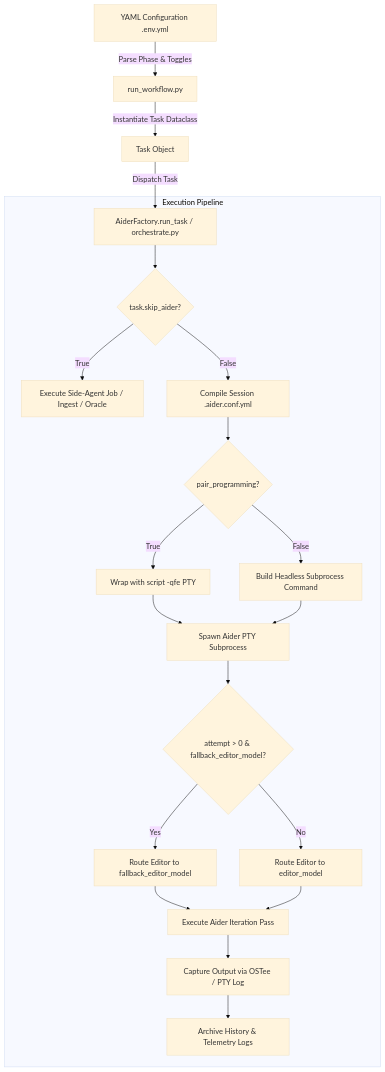
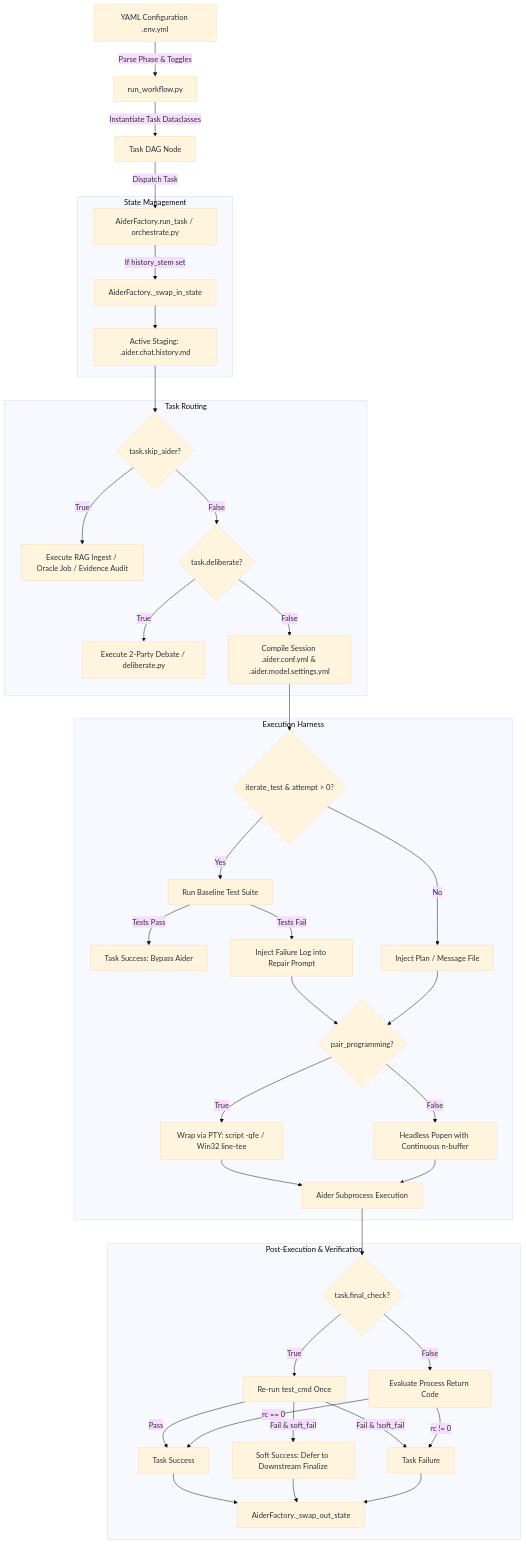
The diagram in src/aider_factory/markdown/docs/aider_orchestration_and_toggles.md (bryan506/aider-factory), drawn with Mermaid (base theme) before and after one commit. The commit also changed other lines of this file and 55 other files, not shown here.

````diff
--- a/src/aider_factory/markdown/docs/aider_orchestration_and_toggles.md
+++ b/src/aider_factory/markdown/docs/aider_orchestration_and_toggles.md
@@ -22,29 +27,49 @@
 ```mermaid
 graph TD
     A[YAML Configuration .env.yml] -->|Parse Phase & Toggles| B[run_workflow.py]
-    B -->|Instantiate Task Dataclass| C[Task Object]
+    B -->|Instantiate Task Dataclasses| C[Task DAG Node]
     C -->|Dispatch Task| D[AiderFactory.run_task / orchestrate.py]
-    
-    subgraph Execution Pipeline
-        D --> E{task.skip_aider?}
-        E -->|True| F[Execute Side-Agent Job / Ingest / Oracle]
-        E -->|False| G[Compile Session .aider.conf.yml]
-        
-        G --> H{pair_programming?}
-        H -->|True| I[Wrap with script -qfe PTY]
-        H -->|False| J[Build Headless Subprocess Command]
-        
-        I --> K[Spawn Aider PTY Subprocess]
-        J --> K
-        
-        K --> L{attempt > 0 & fallback_editor_model?}
-        L -->|Yes| M[Route Editor to fallback_editor_model]
-        L -->|No| N[Route Editor to editor_model]
-        
-        M --> O[Execute Aider Iteration Pass]
-        N --> O
-        
-        O --> P[Capture Output via OSTee / PTY Log]
-        P --> Q[Archive History & Telemetry Logs]
+
+    subgraph State Management
+        D -->|If history_stem set| E[AiderFactory._swap_in_state]
+        E --> F[Active Staging: .aider.chat.history.md]
+    end
+
+    subgraph Task Routing
+        F --> G{task.skip_aider?}
+        G -->|True| H[Execute RAG Ingest / Oracle Job / Evidence Audit]
+        G -->|False| I{task.deliberate?}
+        I -->|True| J[Execute 2-Party Debate / deliberate.py]
+        I -->|False| K[Compile Session .aider.conf.yml & .aider.model.settings.yml]
+    end
+
+    subgraph Execution Harness
+        K --> L{iterate_test & attempt > 0?}
+        L -->|Yes| M[Run Baseline Test Suite]
+        M -->|Tests Pass| N[Task Success: Bypass Aider]
+        M -->|Tests Fail| O[Inject Failure Log into Repair Prompt]
+        L -->|No| P[Inject Plan / Message File]
+
+        O --> Q{pair_programming?}
+        P --> Q
+        Q -->|True| R[Wrap via PTY: script -qfe / Win32 line-tee]
+        Q -->|False| S[Headless Popen with Continuous n-buffer]
+
+        R --> T[Aider Subprocess Execution]
+        S --> T
+    end
+
+    subgraph Post-Execution & Verification
+        T --> U{task.final_check?}
+        U -->|True| V[Re-run test_cmd Once]
+        V -->|Pass| W[Task Success]
+        V -->|Fail & soft_fail| X[Soft Success: Defer to Downstream Finalize]
+        V -->|Fail & !soft_fail| Y[Task Failure]
+        U -->|False| Z[Evaluate Process Return Code]
+        Z -->|rc == 0| W
+        Z -->|rc != 0| Y
+        W --> AA[AiderFactory._swap_out_state]
+        X --> AA
+        Y --> AA
     end
 ```
````
